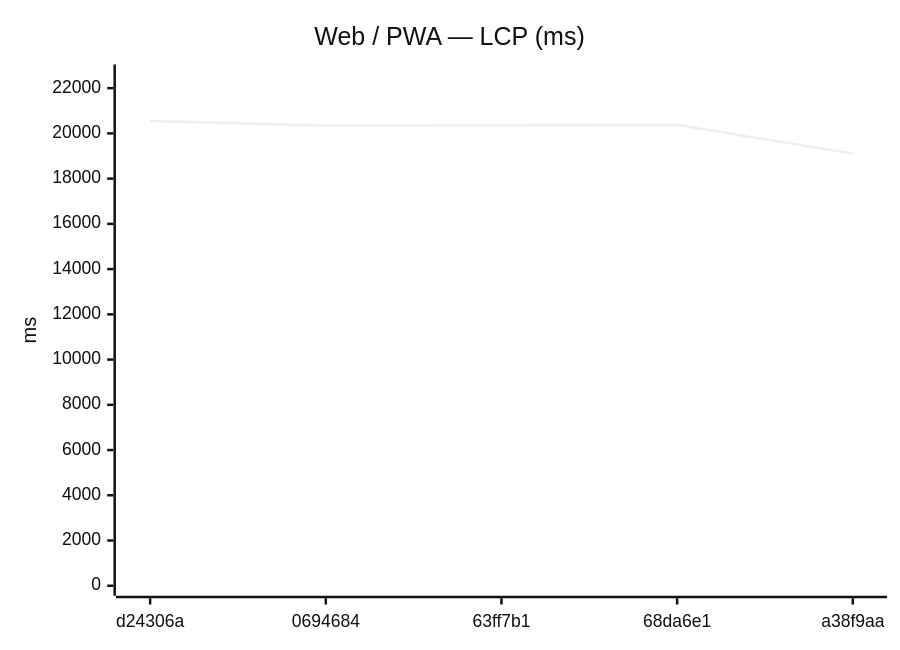
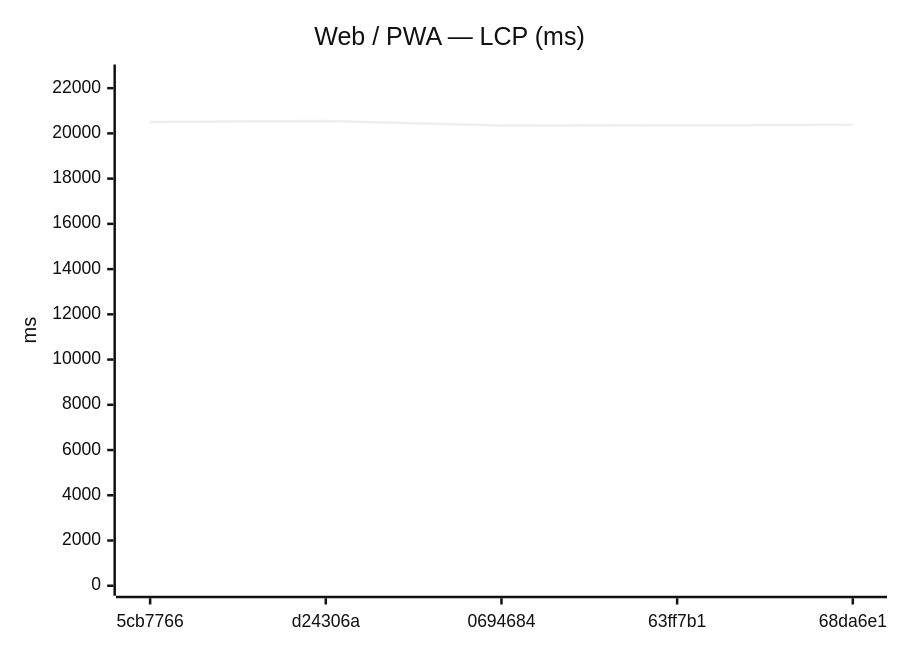
Before and after one commit to Metaheurist/Rianell: the seventh of 18 diagrams in benchmarks/compare.md, drawn with Mermaid (neutral theme). The commit also changed other lines of this file and 11 other files, not shown here.

````diff
--- a/benchmarks/compare.md
+++ b/benchmarks/compare.md
@@ -117,7 +117,7 @@
 ```mermaid
 xychart-beta
     title "Web / PWA — LCP (ms)"
-    x-axis ["d24306a", "0694684", "63ff7b1", "68da6e1", "a38f9aa"]
+    x-axis ["5cb7766", "d24306a", "0694684", "63ff7b1", "68da6e1"]
     y-axis "ms" 0 --> 22604
-    line [20549, 20346, 20361, 20380, 19099]
+    line [20504, 20549, 20346, 20361, 20380]
 ```
````
